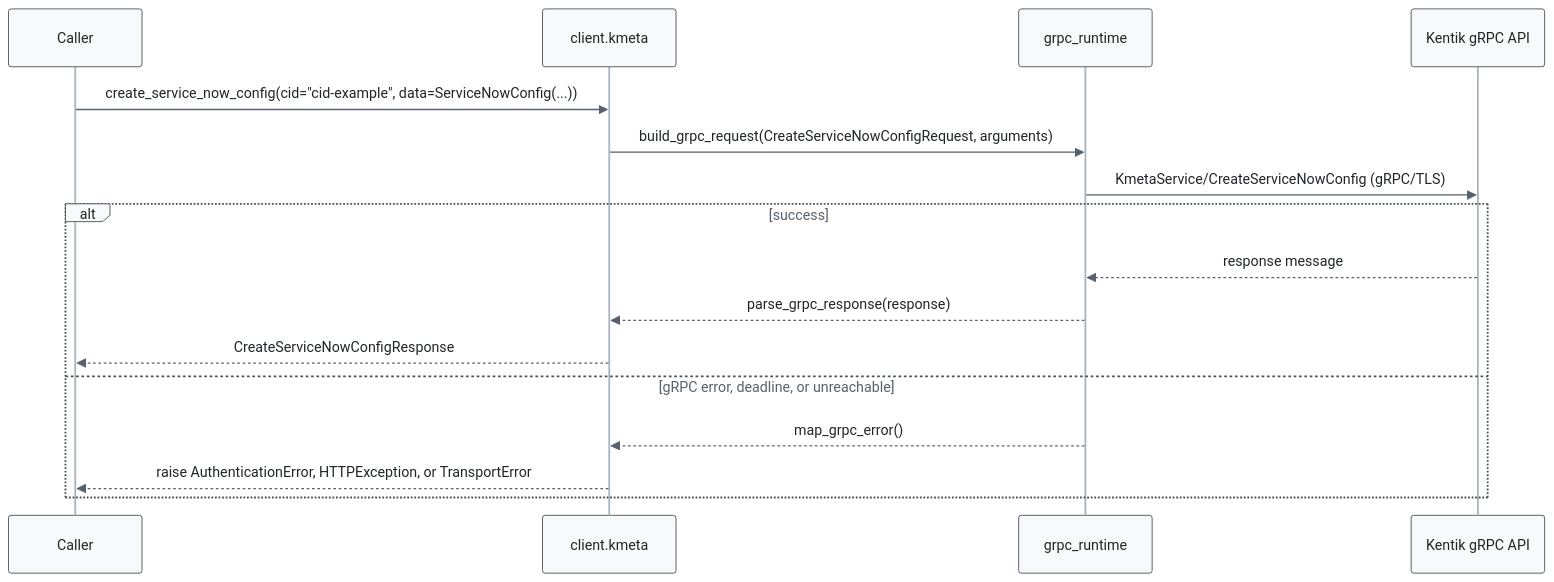
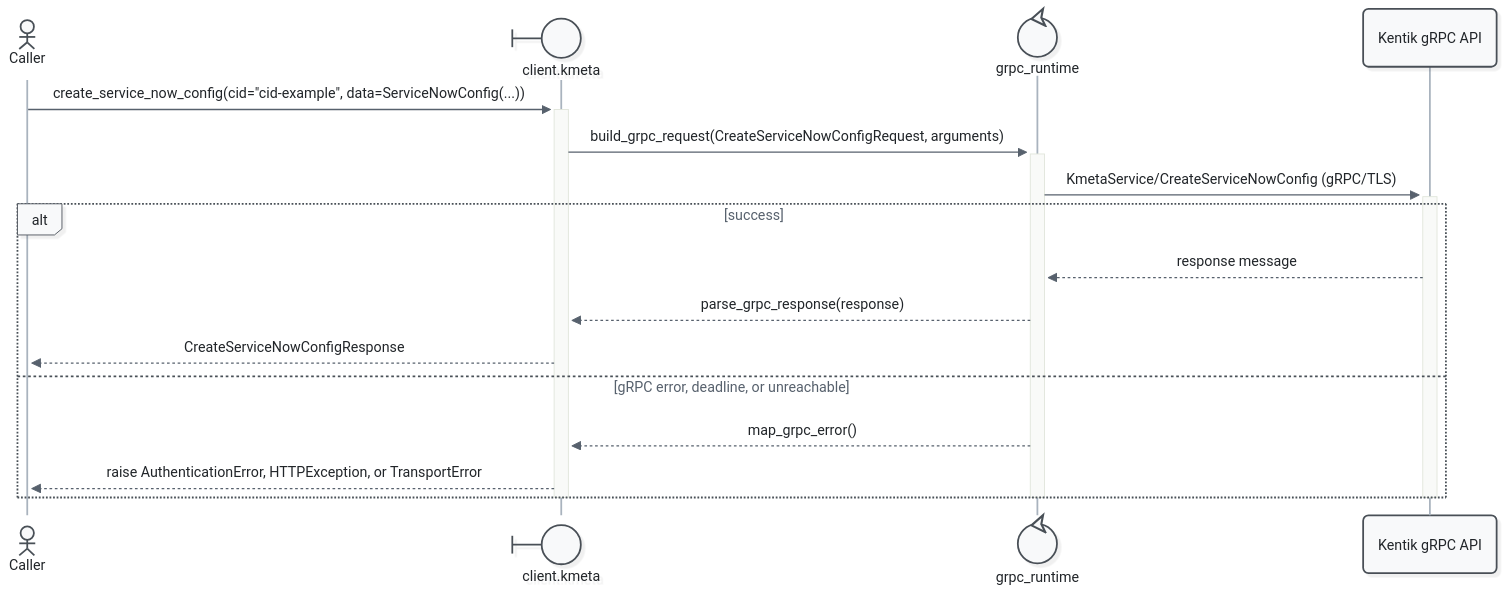
The fourth of 11 diagrams in docs/sphinx/services/kmeta.md (alexdearaujo/community_sdk_python), drawn with Mermaid before and after one commit. The commit also changed other lines of this file and 52 other files, not shown here.

First line of the commit message:
docs: Mermaid 12 sequence diagrams with participant types and path colors

````diff
--- a/docs/sphinx/services/kmeta.md
+++ b/docs/sphinx/services/kmeta.md
@@ -133,20 +140,23 @@
 ```mermaid
-%%{init: {"theme": "base", "fontFamily": "ui-monospace, SFMono-Regular, Menlo, monospace", "themeVariables": {"fontFamily": "ui-monospace, SFMono-Regular, Menlo, monospace", "primaryColor": "#f8f9fa", "primaryBorderColor": "#495057", "primaryTextColor": "#212529", "textColor": "#212529", "lineColor": "#77818c", "edgeLabelBackground": "#ffffff", "actorBkg": "#f8f9fa", "actorBorder": "#495057", "actorTextColor": "#212529", "actorLineColor": "#a9b3be", "signalColor": "#57616d", "signalTextColor": "#212529", "labelBoxBkgColor": "#f8f9fa", "labelBoxBorderColor": "#495057", "labelTextColor": "#212529", "loopTextColor": "#57616d", "noteBkgColor": "#fff9db", "noteBorderColor": "#f08c00", "noteTextColor": "#a35a00"}, "flowchart": {"curve": "step", "nodeSpacing": 30, "rankSpacing": 70, "wrappingWidth": 400}}}%%
+%%{init: {"theme": "redux", "look": "neo", "layout": "dagre", "fontFamily": "ui-monospace, SFMono-Regular, Menlo, monospace", "themeVariables": {"fontFamily": "ui-monospace, SFMono-Regular, Menlo, monospace", "primaryColor": "#f8f9fa", "primaryBorderColor": "#495057", "primaryTextColor": "#212529", "textColor": "#212529", "lineColor": "#77818c", "edgeLabelBackground": "#ffffff", "actorBkg": "#f8f9fa", "actorBorder": "#495057", "actorTextColor": "#212529", "actorLineColor": "#a9b3be", "signalColor": "#57616d", "signalTextColor": "#212529", "labelBoxBkgColor": "#f8f9fa", "labelBoxBorderColor": "#495057", "labelTextColor": "#212529", "loopTextColor": "#57616d", "noteBkgColor": "#fff9db", "noteBorderColor": "#f08c00", "noteTextColor": "#a35a00"}, "sequence": {"activationWidth": 16}, "flowchart": {"curve": "step", "nodeSpacing": 30, "rankSpacing": 70, "wrappingWidth": 400}}}%%
 sequenceDiagram
-    participant C as Caller
-    participant W as client.kmeta
-    participant R as grpc_runtime
+    actor C as Caller
+    participant W@{ "type": "boundary" } as client.kmeta
+    participant R@{ "type": "control" } as grpc_runtime
     participant API as Kentik gRPC API
 
-    C->>W: create_service_now_config(cid="cid-example", data=ServiceNowConfig(...))
-    W->>R: build_grpc_request(CreateServiceNowConfigRequest, arguments)
-    R->>API: KmetaService/CreateServiceNowConfig (gRPC/TLS)
+    C->>+W: create_service_now_config(cid="cid-example", data=ServiceNowConfig(...))
+    W->>+R: build_grpc_request(CreateServiceNowConfigRequest, arguments)
+    R->>+API: KmetaService/CreateServiceNowConfig (gRPC/TLS)
     alt success
         API-->>R: response message
         R-->>W: parse_grpc_response(response)
         W-->>C: CreateServiceNowConfigResponse
     else gRPC error, deadline, or unreachable
         R-->>W: map_grpc_error()
         W-->>C: raise AuthenticationError, HTTPException, or TransportError
     end
+    deactivate API
+    deactivate R
+    deactivate W
 ```
````
